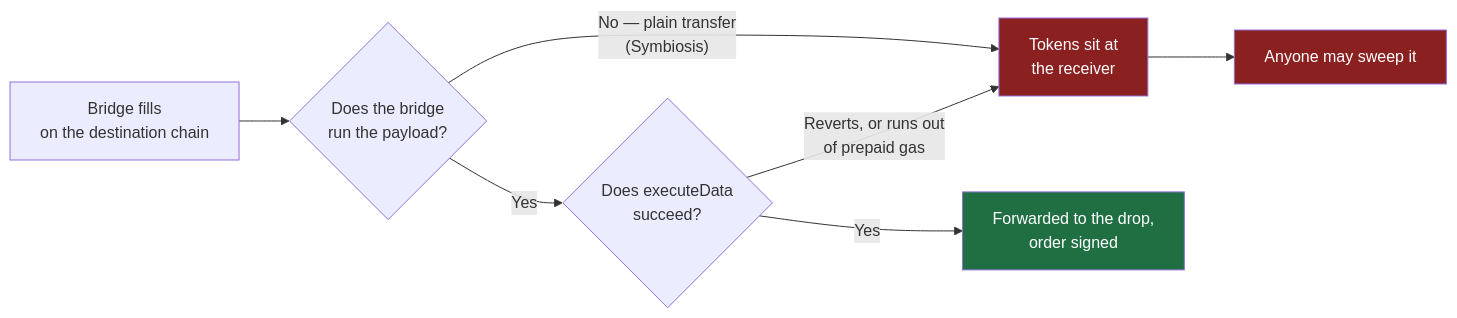
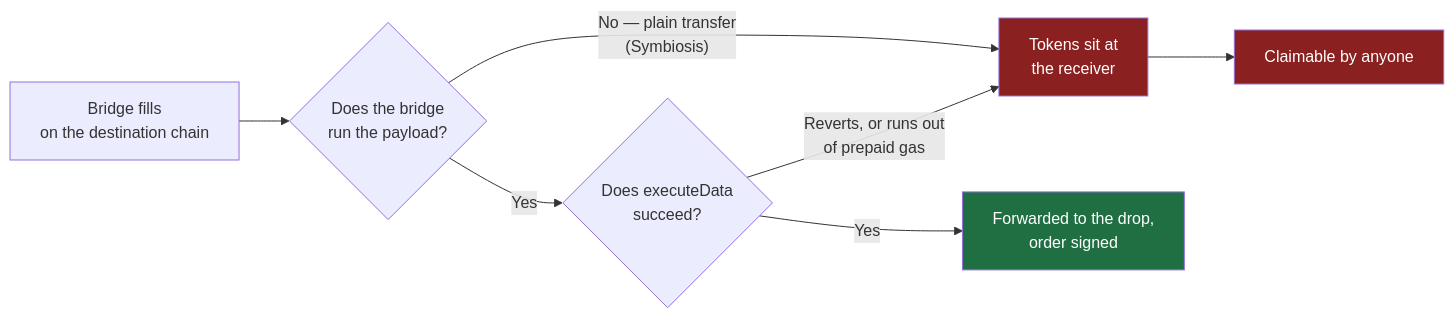
Before and after one commit to cowprotocol/cow-drop: the second of 2 diagrams in docs/BRIDGING.md, drawn with Mermaid. The commit also changed other lines of this file and 10 other files, not shown here.

Commit message:
docs: tighten the architecture and design docs

````diff
--- a/docs/BRIDGING.md
+++ b/docs/BRIDGING.md
@@ -139,13 +101,13 @@
 ```mermaid
 flowchart LR
     A["Bridge fills<br/>on the destination chain"] --> B{"Does the bridge<br/>run the payload?"}
     B -->|"No — plain transfer<br/>(Symbiosis)"| S["Tokens sit at<br/>the receiver"]
     B -->|"Yes"| C{"Does executeData<br/>succeed?"}
     C -->|"Reverts, or runs out<br/>of prepaid gas"| S
     C -->|"Yes"| D["Forwarded to the drop,<br/>order signed"]
-    S --> T["Anyone may sweep it"]
+    S --> T["Claimable by anyone"]
 
     style S fill:#8a2020,color:#fff
     style T fill:#8a2020,color:#fff
     style D fill:#1f6f43,color:#fff
 ```
````
